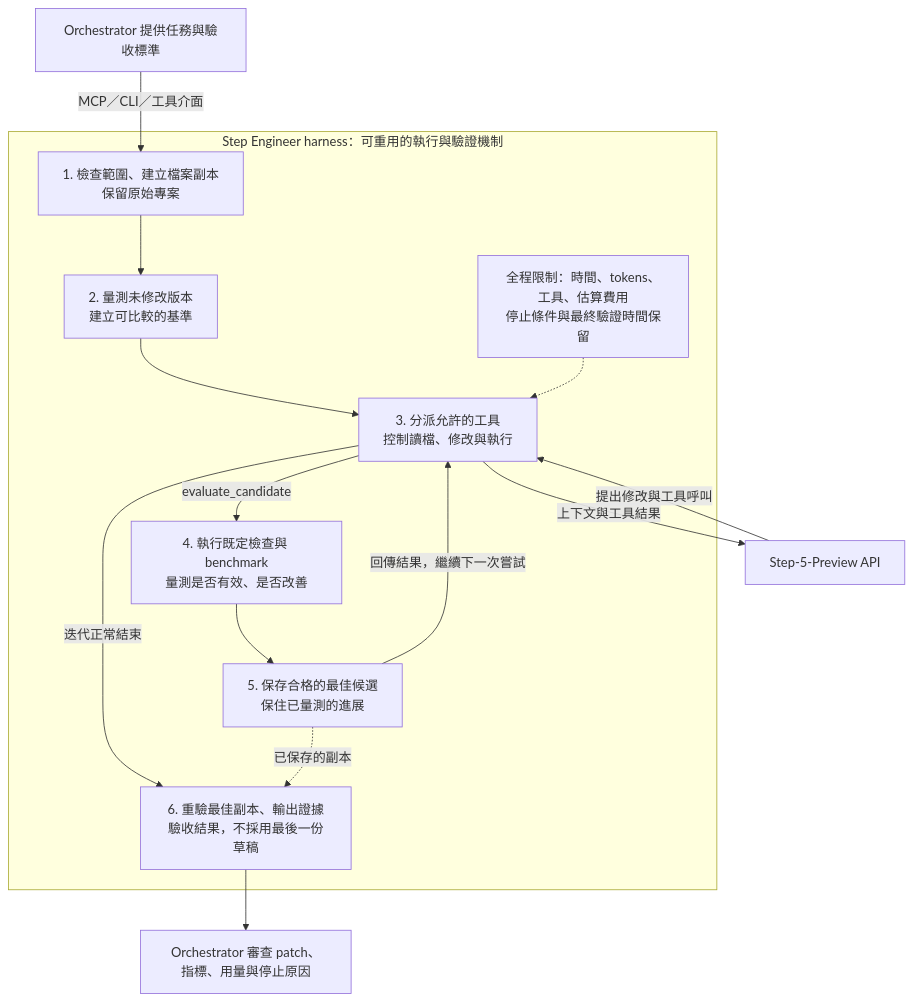
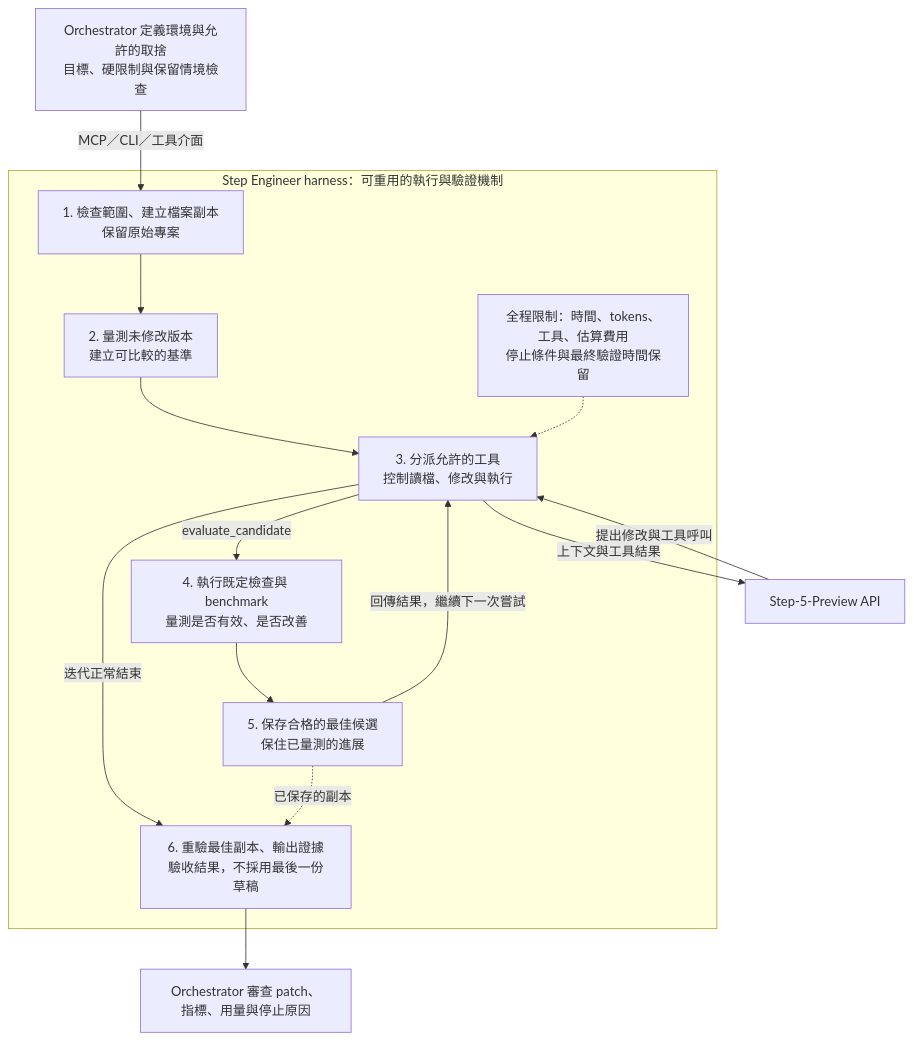
The diagram in docs/README.zh-TW.md (ShemYu/step-engineer), drawn with Mermaid before and after one commit. The commit also changed other lines of this file and 18 other files, not shown here.

````diff
--- a/docs/README.zh-TW.md
+++ b/docs/README.zh-TW.md
@@ -25,17 +38,17 @@
 ```mermaid
 flowchart TD
-    O["Orchestrator 提供任務與驗收標準"] -->|"MCP／CLI／工具介面"| C
+    O["Orchestrator 定義環境與允許的取捨<br/>目標、硬限制與保留情境檢查"] -->|"MCP／CLI／工具介面"| C
     subgraph H["Step Engineer harness：可重用的執行與驗證機制"]
         C["1. 檢查範圍、建立檔案副本<br/>保留原始專案"] --> B["2. 量測未修改版本<br/>建立可比較的基準"]
         B --> L["3. 分派允許的工具<br/>控制讀檔、修改與執行"]
         L -->|"evaluate_candidate"| E["4. 執行既定檢查與 benchmark<br/>量測是否有效、是否改善"]
         E --> K["5. 保存合格的最佳候選<br/>保住已量測的進展"]
         K -->|"回傳結果，繼續下一次嘗試"| L
         L -->|"迭代正常結束"| V["6. 重驗最佳副本、輸出證據<br/>驗收結果，不採用最後一份草稿"]
         K -.->|"已保存的副本"| V
         G["全程限制：時間、tokens、工具、估算費用<br/>停止條件與最終驗證時間保留"] -.-> L
     end
     L -->|"上下文與工具結果"| S["Step-5-Preview API"]
     S -->|"提出修改與工具呼叫"| L
     V --> R["Orchestrator 審查 patch、指標、用量與停止原因"]
 ```
````
